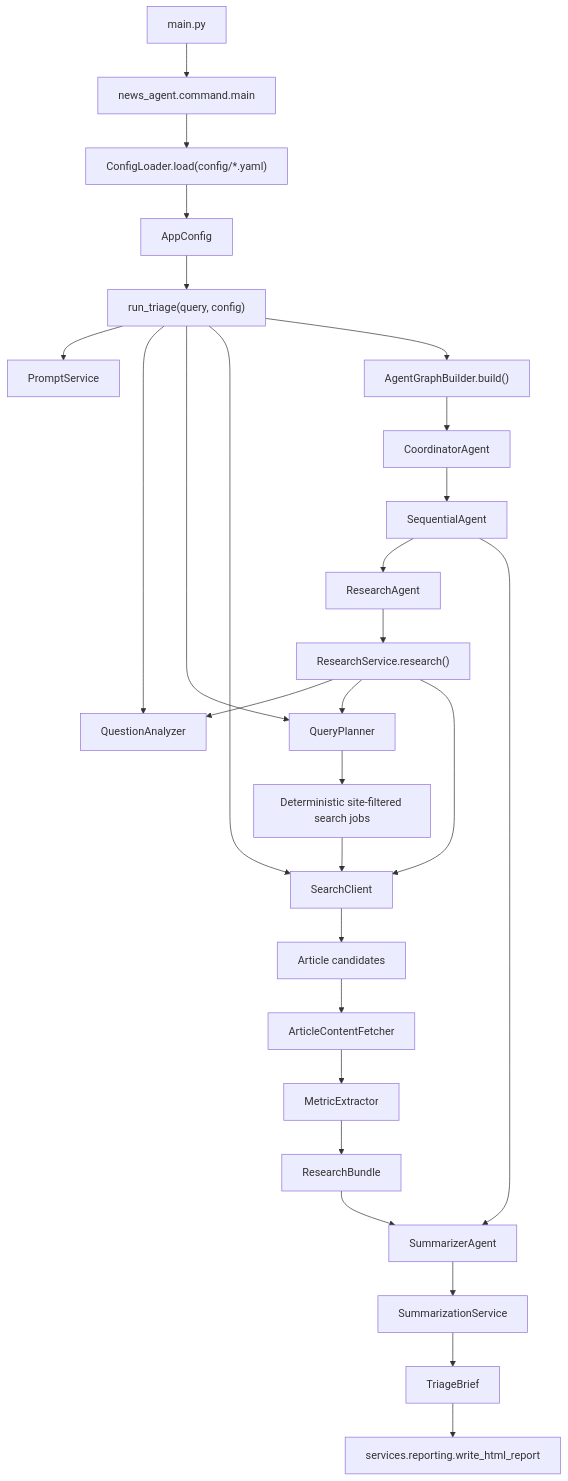
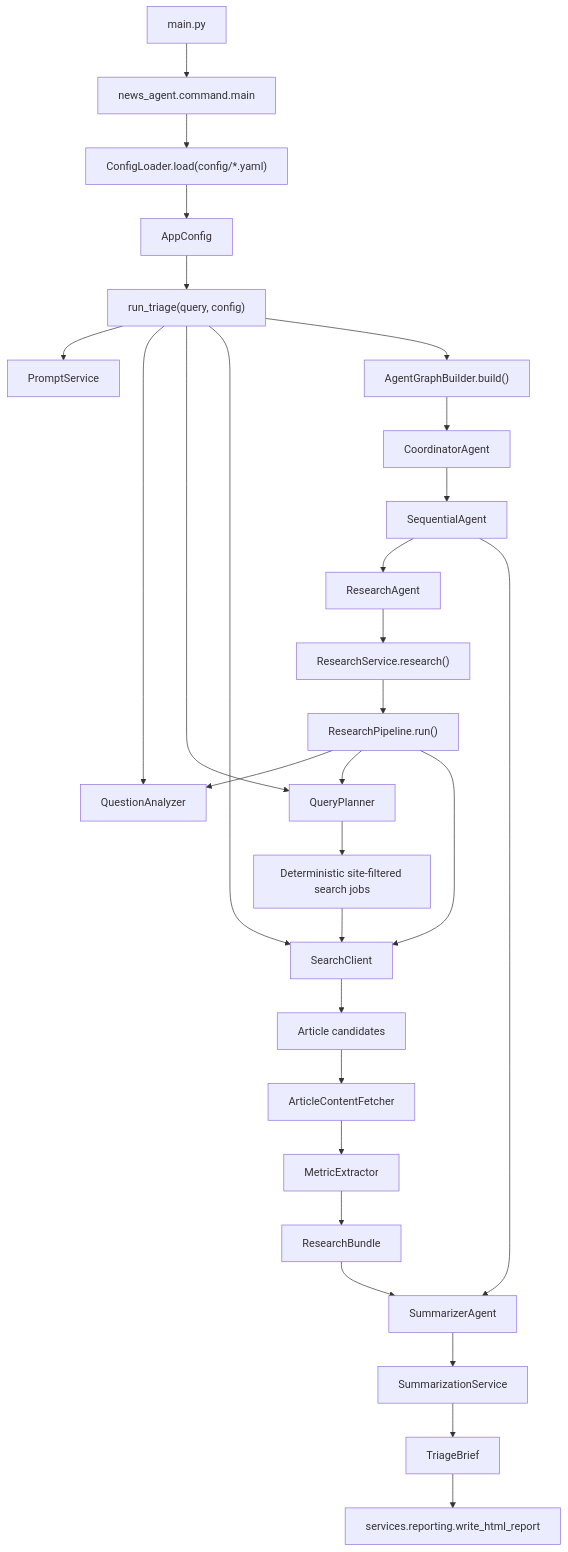
Before and after one commit to mouak-ayoub/news_agent: the first of 5 diagrams in docs/ARCHITECTURE.md, drawn with Mermaid. The commit also changed other lines of this file and 16 other files, not shown here.

First line of the commit message:
Step 4: Refactor research flow into explicit pipeline

````diff
--- a/docs/ARCHITECTURE.md
+++ b/docs/ARCHITECTURE.md
@@ -7,30 +7,31 @@
 ```mermaid
 flowchart TD
     A["main.py"] --> B["news_agent.command.main"]
     B --> C["ConfigLoader.load(config/*.yaml)"]
     C --> D["AppConfig"]
     D --> E["run_triage(query, config)"]
     E --> P["PromptService"]
     E --> Q["QuestionAnalyzer"]
     E --> R["QueryPlanner"]
     E --> S["SearchClient"]
     E --> F["AgentGraphBuilder.build()"]
     F --> G["CoordinatorAgent"]
     G --> H["SequentialAgent"]
     H --> I["ResearchAgent"]
     H --> J["SummarizerAgent"]
     I --> K["ResearchService.research()"]
-    K --> Q
-    K --> R
-    K --> S
+    K --> RP["ResearchPipeline.run()"]
+    RP --> Q
+    RP --> R
+    RP --> S
     S --> AF["Article candidates"]
     R --> WSJ["Deterministic site-filtered search jobs"]
     WSJ --> S
     AF --> AC["ArticleContentFetcher"]
     AC --> ME["MetricExtractor"]
     ME --> RB["ResearchBundle"]
     RB --> J
     J --> SS["SummarizationService"]
     SS --> TB["TriageBrief"]
     TB --> HR["services.reporting.write_html_report"]
 ```
````
